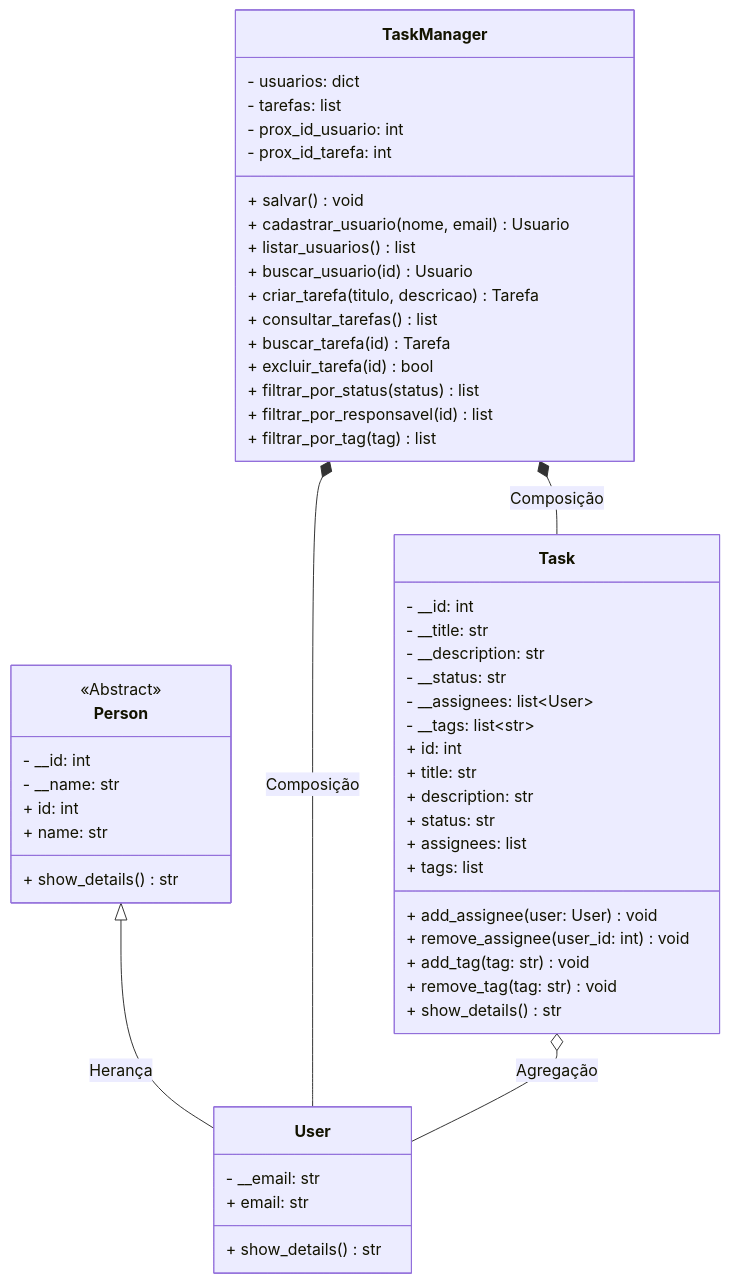
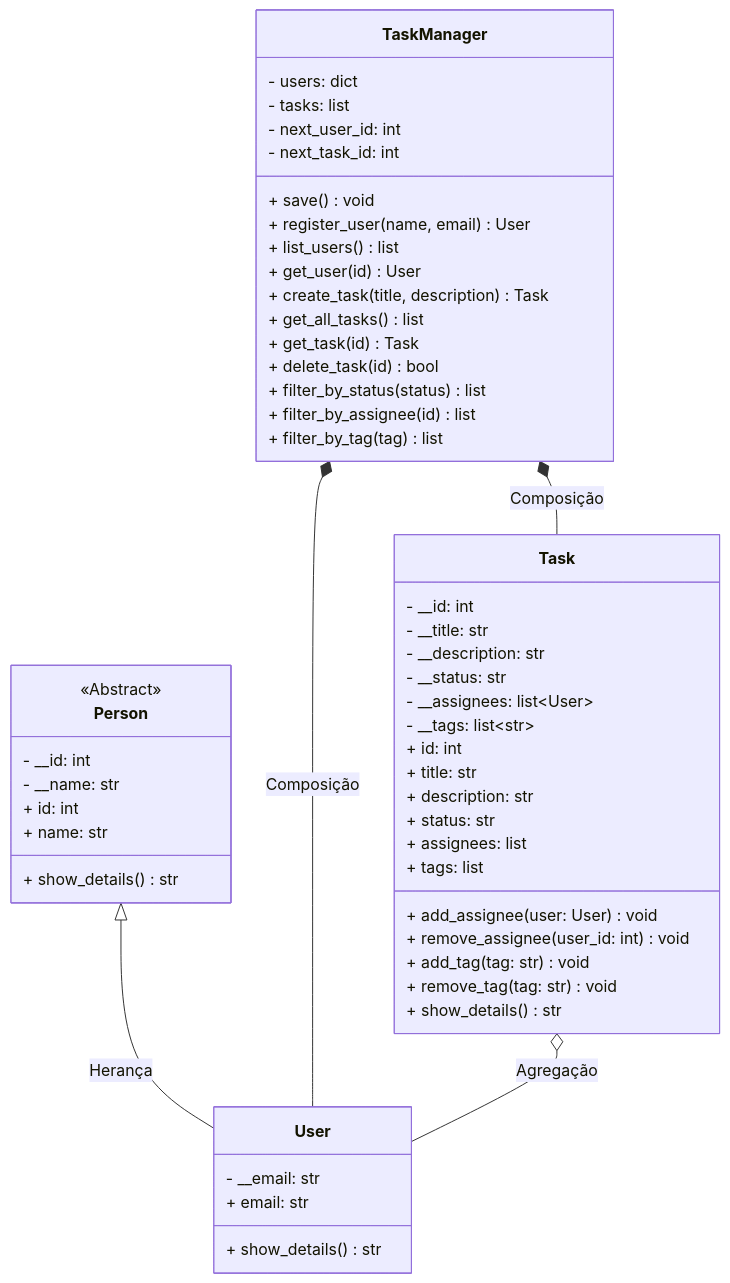
The diagram in diagrama_classes.md (DaviFSilva/UFSC-POO1-Final-Project), drawn with Mermaid before and after one commit.

````diff
--- a/diagrama_classes.md
+++ b/diagrama_classes.md
@@ -3,65 +3,65 @@
 ```mermaid
 classDiagram
     direction TB
 
     class Person {
         <<Abstract>>
         - __id: int
         - __name: str
         + id: int
         + name: str
         + show_details() str
     }
 
     class User {
         - __email: str
         + email: str
         + show_details() str
     }
 
     class Task {
         - __id: int
         - __title: str
         - __description: str
         - __status: str
         - __assignees: list~User~
         - __tags: list~str~
         + id: int
         + title: str
         + description: str
         + status: str
         + assignees: list
         + tags: list
         + add_assignee(user: User) void
         + remove_assignee(user_id: int) void
         + add_tag(tag: str) void
         + remove_tag(tag: str) void
         + show_details() str
     }
 
     class TaskManager {
-        - usuarios: dict
-        - tarefas: list
-        - prox_id_usuario: int
-        - prox_id_tarefa: int
-        + salvar() void
-        + cadastrar_usuario(nome, email) Usuario
-        + listar_usuarios() list
-        + buscar_usuario(id) Usuario
-        + criar_tarefa(titulo, descricao) Tarefa
-        + consultar_tarefas() list
-        + buscar_tarefa(id) Tarefa
-        + excluir_tarefa(id) bool
-        + filtrar_por_status(status) list
-        + filtrar_por_responsavel(id) list
-        + filtrar_por_tag(tag) list
+        - users: dict
+        - tasks: list
+        - next_user_id: int
+        - next_task_id: int
+        + save() void
+        + register_user(name, email) User
+        + list_users() list
+        + get_user(id) User
+        + create_task(title, description) Task
+        + get_all_tasks() list
+        + get_task(id) Task
+        + delete_task(id) bool
+        + filter_by_status(status) list
+        + filter_by_assignee(id) list
+        + filter_by_tag(tag) list
     }
 
     %% Relacionamentos
     Person <|-- User : Herança
     
     TaskManager *-- User : Composição
     TaskManager *-- Task : Composição
     
     Task o-- User : Agregação
 ```
````
